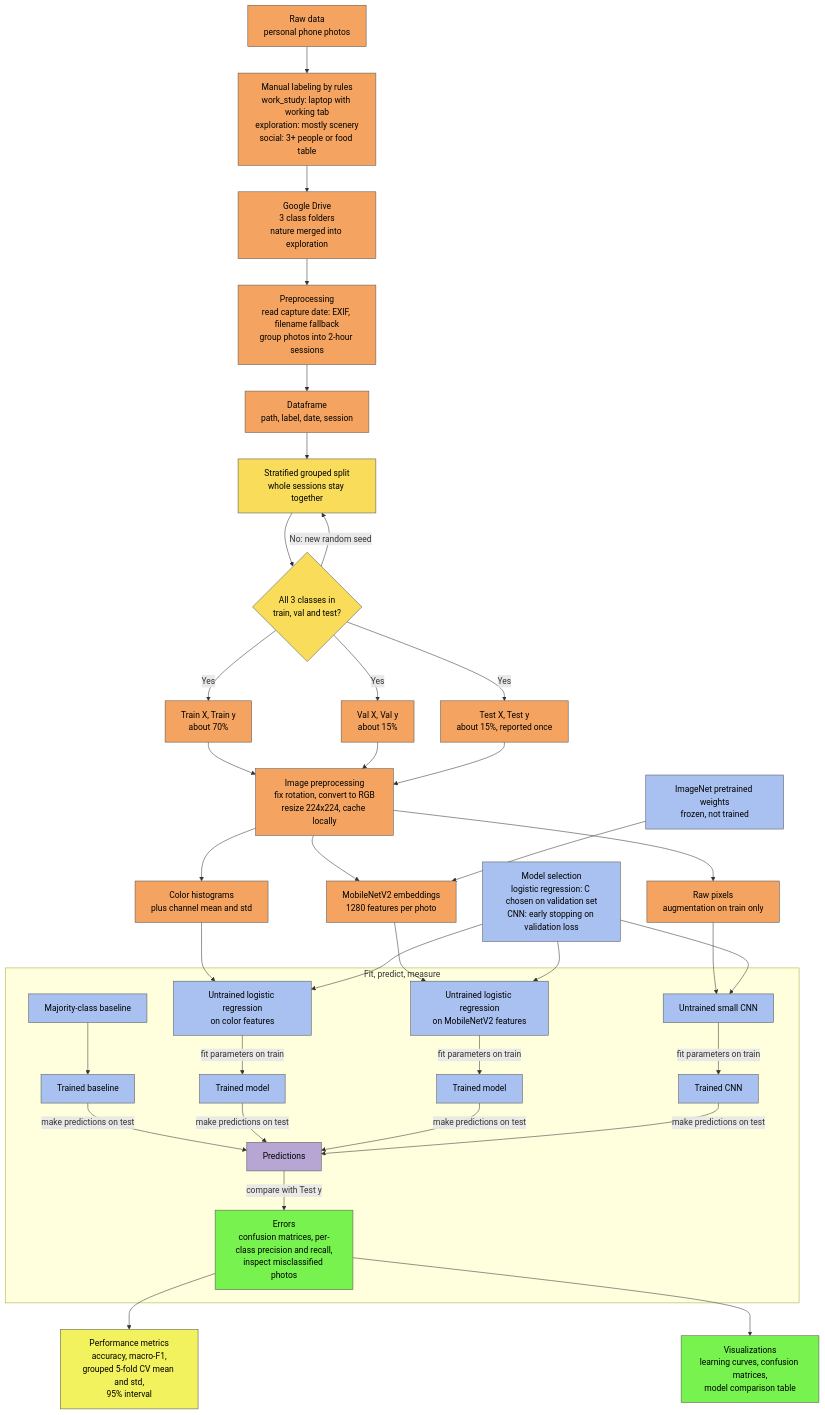
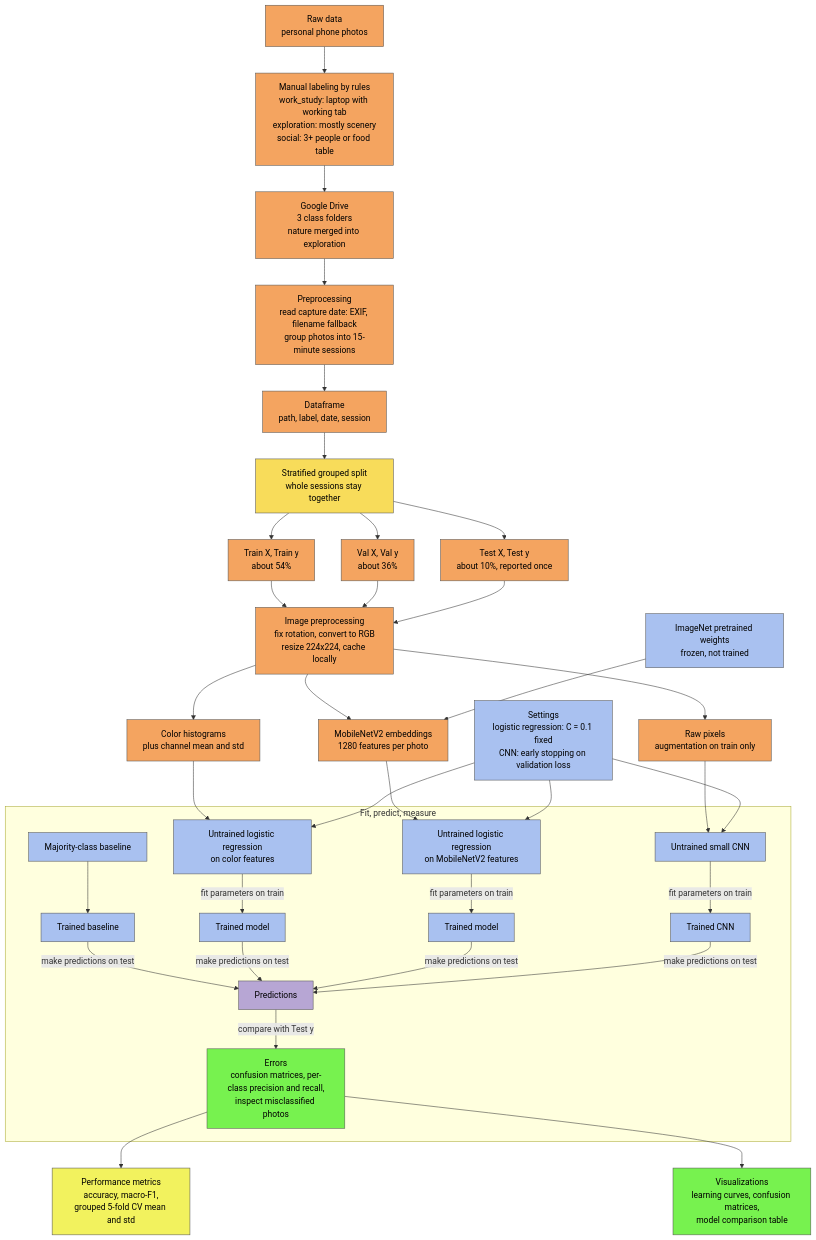
Before and after one commit to SyuzannaKhalatyaning/CS156-Assignment: the diagram in README.md, drawn with Mermaid.

Commit message:
Revise flowchart for data preprocessing and model selection
Updated the flowchart in README.md to reflect changes in session grouping and model selection details.

````diff
--- a/README.md
+++ b/README.md
@@ -42,58 +42,54 @@
 ```mermaid
 flowchart TB
   A["Raw data<br/>personal phone photos"] --> B["Manual labeling by rules<br/>work_study: laptop with working tab<br/>exploration: mostly scenery<br/>social: 3+ people or food table"]
   B --> C["Google Drive<br/>3 class folders<br/>nature merged into exploration"]
-  C --> D["Preprocessing<br/>read capture date: EXIF, filename fallback<br/>group photos into 2-hour sessions"]
+  C --> D["Preprocessing<br/>read capture date: EXIF, filename fallback<br/>group photos into 15-minute sessions"]
   D --> E["Dataframe<br/>path, label, date, session"]
   E --> F["Stratified grouped split<br/>whole sessions stay together"]
-  F --> G{"All 3 classes in<br/>train, val and test?"}
-  G -- "No: new random seed" --> F
-  G -- Yes --> TR["Train X, Train y<br/>about 70%"]
-  G -- Yes --> VA["Val X, Val y<br/>about 15%"]
-  G -- Yes --> TE["Test X, Test y<br/>about 15%, reported once"]
-
+  F --> TR["Train X, Train y<br/>about 54%"]
+  F --> VA["Val X, Val y<br/>about 36%"]
+  F --> TE["Test X, Test y<br/>about 10%, reported once"]
   TR & VA & TE --> P["Image preprocessing<br/>fix rotation, convert to RGB<br/>resize 224x224, cache locally"]
 
   P --> F1["Color histograms<br/>plus channel mean and std"]
   P --> F2["MobileNetV2 embeddings<br/>1280 features per photo"]
   P --> F3["Raw pixels<br/>augmentation on train only"]
   IW["ImageNet pretrained weights<br/>frozen, not trained"] --> F2
-
-  MS["Model selection<br/>logistic regression: C chosen on validation set<br/>CNN: early stopping on validation loss"]
+  MS["Settings<br/>logistic regression: C = 0.1 fixed<br/>CNN: early stopping on validation loss"]
 
   subgraph FIT["Fit, predict, measure"]
     BL["Majority-class baseline"]
     M1["Untrained logistic regression<br/>on color features"]
     M2["Untrained logistic regression<br/>on MobileNetV2 features"]
     M3["Untrained small CNN"]
     BL --> T0["Trained baseline"]
     M1 -- "fit parameters on train" --> T1["Trained model"]
     M2 -- "fit parameters on train" --> T2["Trained model"]
     M3 -- "fit parameters on train" --> T3["Trained CNN"]
     T0 & T1 & T2 & T3 -- "make predictions on test" --> PR["Predictions"]
     PR -- "compare with Test y" --> ER["Errors<br/>confusion matrices, per-class precision and recall,<br/>inspect misclassified photos"]
   end
 
   F1 --> M1
   F2 --> M2
   F3 --> M3
   MS --> M1
   MS --> M2
   MS --> M3
 
-  ER --> PM["Performance metrics<br/>accuracy, macro-F1,<br/>grouped 5-fold CV mean and std,<br/>95% interval"]
+  ER --> PM["Performance metrics<br/>accuracy, macro-F1,<br/>grouped 5-fold CV mean and std"]
   ER --> VZ["Visualizations<br/>learning curves, confusion matrices,<br/>model comparison table"]
 
   classDef data fill:#F4A460,stroke:#555,color:#000
   classDef model fill:#A9C1F0,stroke:#555,color:#000
   classDef pred fill:#B7A6D4,stroke:#555,color:#000
   classDef out fill:#77F24F,stroke:#555,color:#000
   classDef metric fill:#F2F25E,stroke:#555,color:#000
   classDef step fill:#F8DC5A,stroke:#555,color:#000
   class A,B,C,D,E,TR,VA,TE,P,F1,F2,F3 data
   class IW,MS,BL,M1,M2,M3,T0,T1,T2,T3 model
   class PR pred
   class ER,VZ out
   class PM metric
-  class F,G step
+  class F step
 ```
````
